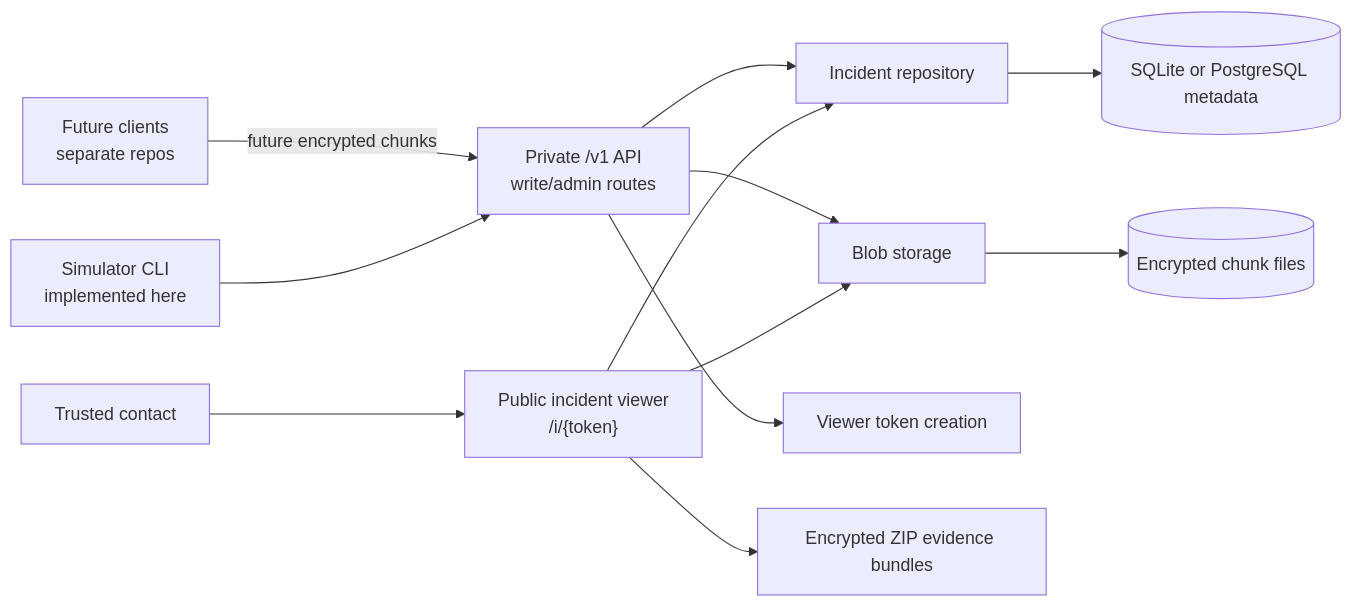
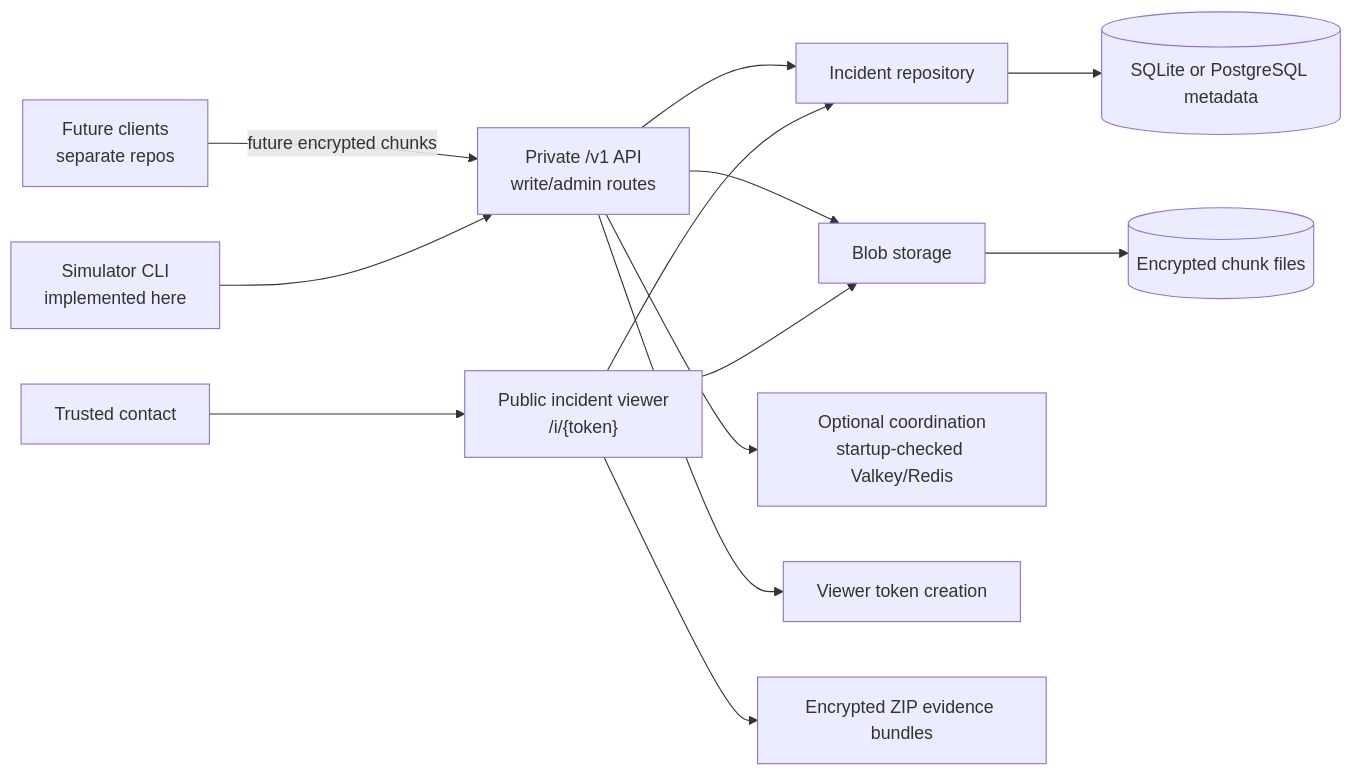
One commit to open-proofline/server changed the first of 4 diagrams in docs/architecture.md. Above: the diagram before and after it, drawn with Mermaid. The commit also changed other lines of this file and 30 other files, not shown here.

Commit message:
Add optional Valkey coordination

````diff
--- a/docs/architecture.md
+++ b/docs/architecture.md
@@ -13,14 +18,15 @@
 ```mermaid
 flowchart LR
     FutureClients["Future clients<br/>separate repos"] -->|"future encrypted chunks"| PrivateAPI["Private /v1 API<br/>write/admin routes"]
     Simulator["Simulator CLI<br/>implemented here"] --> PrivateAPI
     PrivateAPI --> Repo["Incident repository"]
     Repo --> DB[(SQLite or PostgreSQL metadata)]
     PrivateAPI --> Store["Blob storage"]
     Store --> Files[(Encrypted chunk files)]
+    PrivateAPI --> Coord["Optional coordination<br/>startup-checked Valkey/Redis"]
     PrivateAPI --> Token["Viewer token creation"]
     Contact["Trusted contact"] --> Viewer["Public incident viewer<br/>/i/{token}"]
     Viewer --> Repo
     Viewer --> Store
     Viewer --> Bundle["Encrypted ZIP evidence bundles"]
 ```
````
